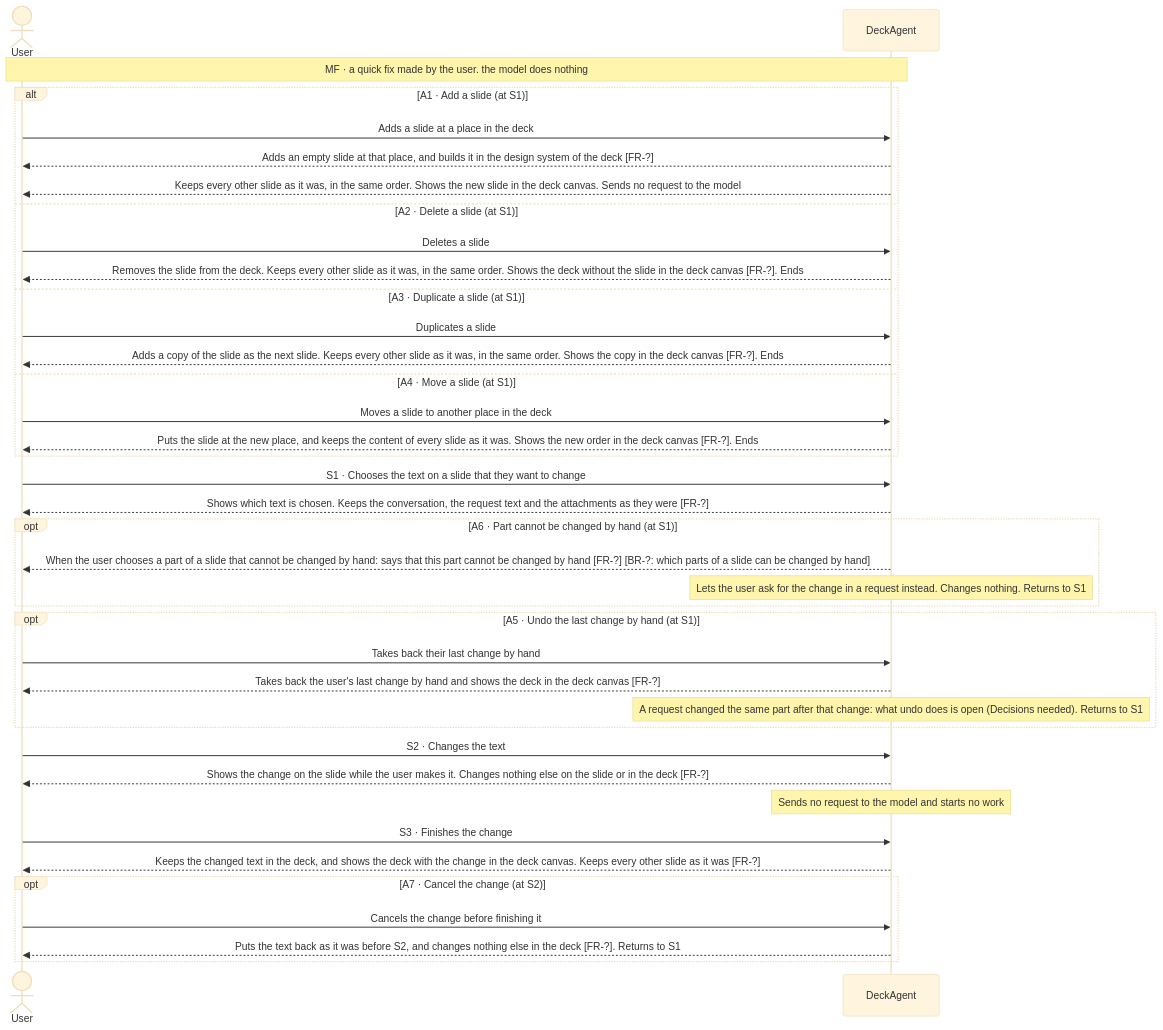
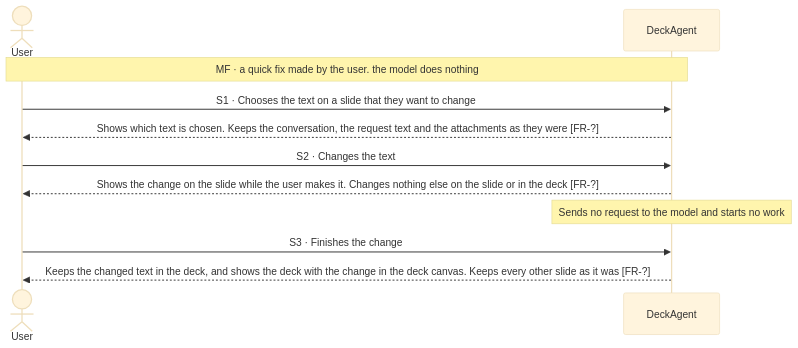
Before and after one commit to Luke23127006/DeckAgent: the first of 8 diagrams in docs/spec/03-use-cases/UC-007.md, drawn with Mermaid (base theme). The commit also changed other lines of this file and 25 other files, not shown here.

Commit message:
docs(spec): restructure use cases with main flow first

````diff
--- a/docs/spec/03-use-cases/UC-007.md
+++ b/docs/spec/03-use-cases/UC-007.md
@@ -38,40 +38,13 @@
 ```mermaid
 sequenceDiagram
     actor User
     participant DeckAgent
     Note over User,DeckAgent: MF · a quick fix made by the user. the model does nothing
-    alt A1 · Add a slide (at S1)
-        User->>DeckAgent: Adds a slide at a place in the deck
-        DeckAgent-->>User: Adds an empty slide at that place, and builds it in the design system of the deck [FR-?]
-        DeckAgent-->>User: Keeps every other slide as it was, in the same order. Shows the new slide in the deck canvas. Sends no request to the model
-    else A2 · Delete a slide (at S1)
-        User->>DeckAgent: Deletes a slide
-        DeckAgent-->>User: Removes the slide from the deck. Keeps every other slide as it was, in the same order. Shows the deck without the slide in the deck canvas [FR-?]. Ends
-    else A3 · Duplicate a slide (at S1)
-        User->>DeckAgent: Duplicates a slide
-        DeckAgent-->>User: Adds a copy of the slide as the next slide. Keeps every other slide as it was, in the same order. Shows the copy in the deck canvas [FR-?]. Ends
-    else A4 · Move a slide (at S1)
-        User->>DeckAgent: Moves a slide to another place in the deck
-        DeckAgent-->>User: Puts the slide at the new place, and keeps the content of every slide as it was. Shows the new order in the deck canvas [FR-?]. Ends
-    end
     User->>DeckAgent: S1 · Chooses the text on a slide that they want to change
     DeckAgent-->>User: Shows which text is chosen. Keeps the conversation, the request text and the attachments as they were [FR-?]
-    opt A6 · Part cannot be changed by hand (at S1)
-        DeckAgent-->>User: When the user chooses a part of a slide that cannot be changed by hand: says that this part cannot be changed by hand [FR-?] [BR-?: which parts of a slide can be changed by hand]
-        note over DeckAgent: Lets the user ask for the change in a request instead. Changes nothing. Returns to S1
-    end
-    opt A5 · Undo the last change by hand (at S1)
-        User->>DeckAgent: Takes back their last change by hand
-        DeckAgent-->>User: Takes back the user's last change by hand and shows the deck in the deck canvas [FR-?]
-        note over DeckAgent: A request changed the same part after that change: what undo does is open (Decisions needed). Returns to S1
-    end
     User->>DeckAgent: S2 · Changes the text
     DeckAgent-->>User: Shows the change on the slide while the user makes it. Changes nothing else on the slide or in the deck [FR-?]
     note over DeckAgent: Sends no request to the model and starts no work
     User->>DeckAgent: S3 · Finishes the change
     DeckAgent-->>User: Keeps the changed text in the deck, and shows the deck with the change in the deck canvas. Keeps every other slide as it was [FR-?]
-    opt A7 · Cancel the change (at S2)
-        User->>DeckAgent: Cancels the change before finishing it
-        DeckAgent-->>User: Puts the text back as it was before S2, and changes nothing else in the deck [FR-?]. Returns to S1
-    end
 ```
````
